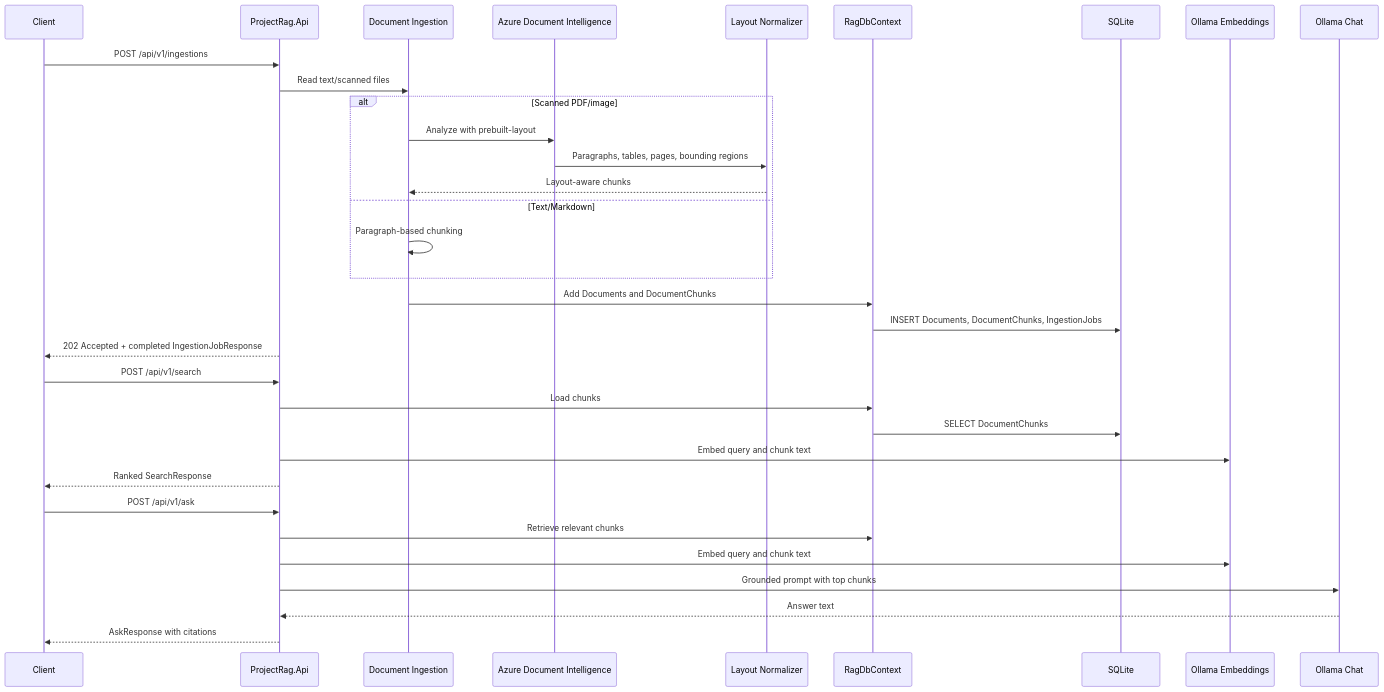
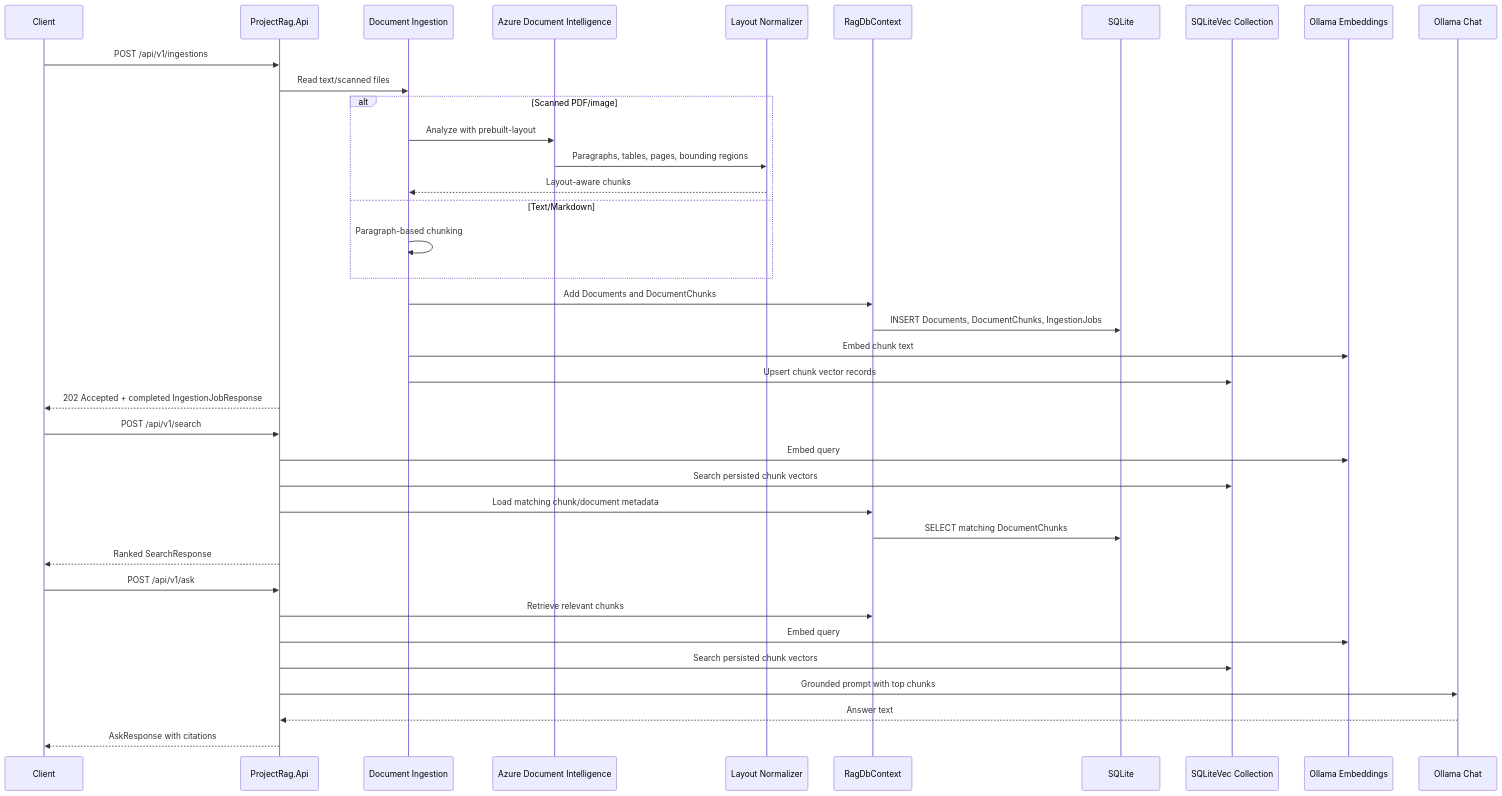
Before and after one commit to RegainFlow/ProjectRag: the third of 3 diagrams in docs/ARCHITECTURE.md, drawn with Mermaid. The commit also changed other lines of this file and 19 other files, not shown here.

````diff
--- a/docs/ARCHITECTURE.md
+++ b/docs/ARCHITECTURE.md
@@ -203,38 +205,43 @@
 ```mermaid
 sequenceDiagram
     participant Client
     participant API as ProjectRag.Api
     participant Ingest as Document Ingestion
     participant Extract as Azure Document Intelligence
     participant Normalize as Layout Normalizer
     participant EF as RagDbContext
     participant DB as SQLite
+    participant Vec as SQLiteVec Collection
     participant Embed as Ollama Embeddings
     participant Chat as Ollama Chat
 
     Client->>API: POST /api/v1/ingestions
     API->>Ingest: Read text/scanned files
     alt Scanned PDF/image
         Ingest->>Extract: Analyze with prebuilt-layout
         Extract->>Normalize: Paragraphs, tables, pages, bounding regions
         Normalize-->>Ingest: Layout-aware chunks
     else Text/Markdown
         Ingest->>Ingest: Paragraph-based chunking
     end
     Ingest->>EF: Add Documents and DocumentChunks
     EF->>DB: INSERT Documents, DocumentChunks, IngestionJobs
+    Ingest->>Embed: Embed chunk text
+    Ingest->>Vec: Upsert chunk vector records
     API-->>Client: 202 Accepted + completed IngestionJobResponse
 
     Client->>API: POST /api/v1/search
-    API->>EF: Load chunks
-    EF->>DB: SELECT DocumentChunks
-    API->>Embed: Embed query and chunk text
+    API->>Embed: Embed query
+    API->>Vec: Search persisted chunk vectors
+    API->>EF: Load matching chunk/document metadata
+    EF->>DB: SELECT matching DocumentChunks
     API-->>Client: Ranked SearchResponse
 
     Client->>API: POST /api/v1/ask
     API->>EF: Retrieve relevant chunks
-    API->>Embed: Embed query and chunk text
+    API->>Embed: Embed query
+    API->>Vec: Search persisted chunk vectors
     API->>Chat: Grounded prompt with top chunks
     Chat-->>API: Answer text
     API-->>Client: AskResponse with citations
 ```
````
